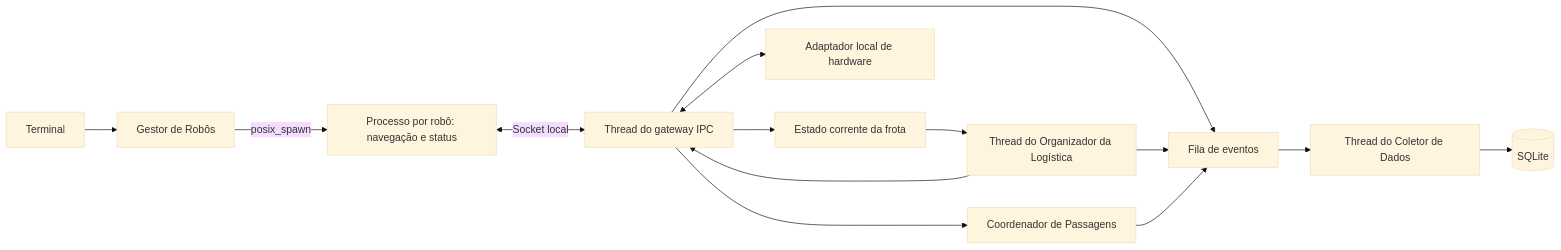
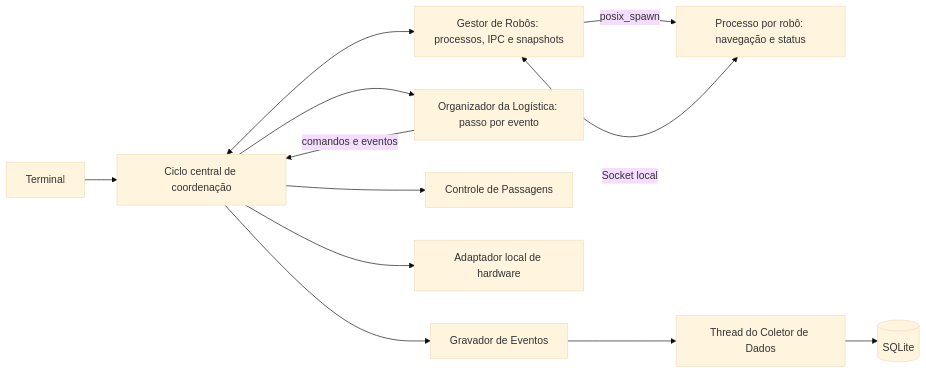
The diagram in docs/arquitetura-etapa1.md (LuccaRig/Robotic-Fleet-Management-for-Logistics), drawn with Mermaid (base theme) before and after one commit. The commit also changed other lines of this file, not shown here.

First line of the commit message:
docs(etapa1): descreve o ciclo central e a sincronizacao

````diff
--- a/docs/arquitetura-etapa1.md
+++ b/docs/arquitetura-etapa1.md
@@ -7,16 +7,14 @@
 ```mermaid
 flowchart LR
-    Terminal --> Gestor[Gestor de Robôs]
+    Terminal --> Aplicacao[Ciclo central de coordenação]
+    Aplicacao <--> Gestor[Gestor de Robôs: processos, IPC e snapshots]
     Gestor -->|posix_spawn| Robo[Processo por robô: navegação e status]
-    Robo <-->|Socket local| Gateway[Thread do gateway IPC]
-    Gateway --> Frota[Estado corrente da frota]
-    Frota --> Logistica[Thread do Organizador da Logística]
-    Logistica --> Gateway
-    Gateway <--> Hardware[Adaptador local de hardware]
-    Gateway --> Passagens[Coordenador de Passagens]
-    Gateway --> Eventos[Fila de eventos]
-    Logistica --> Eventos
-    Passagens --> Eventos
-    Eventos --> Coletor[Thread do Coletor de Dados]
+    Robo <-->|Socket local| Gestor
+    Aplicacao --> Logistica[Organizador da Logística: passo por evento]
+    Logistica -->|comandos e eventos| Aplicacao
+    Aplicacao --> Passagens[Controle de Passagens]
+    Aplicacao --> Hardware[Adaptador local de hardware]
+    Aplicacao --> Gravador[Gravador de Eventos]
+    Gravador --> Coletor[Thread do Coletor de Dados]
     Coletor --> Banco[(SQLite)]
 ```
````
